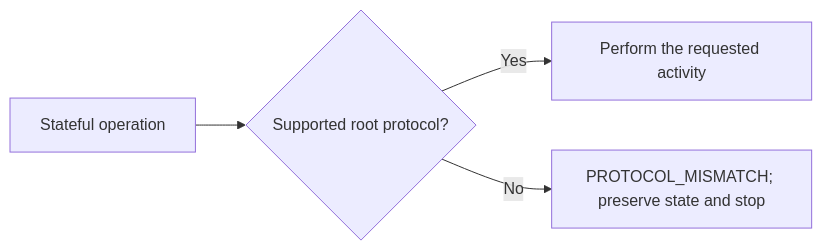
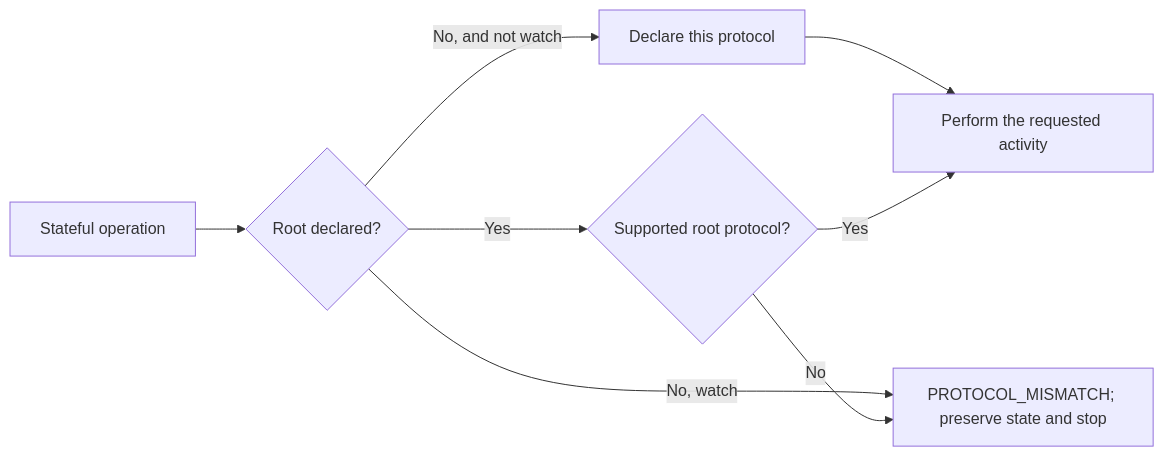
One commit to danlavee/Conductor changed the first of 5 diagrams in docs/activity-diagrams.md. Above: the diagram before and after it, drawn with Mermaid. The commit also changed other lines of this file and 14 other files, not shown here.

````diff
--- a/docs/activity-diagrams.md
+++ b/docs/activity-diagrams.md
@@ -9,6 +9,9 @@
 ```mermaid
 flowchart LR
-    O["Stateful operation"] --> P{"Supported root protocol?"}
-    P -- "Yes" --> A["Perform the requested activity"]
-    P -- "No" --> M["PROTOCOL_MISMATCH; preserve state and stop"]
+    O["Stateful operation"] --> D{"Root declared?"}
+    D -- "No, and not watch" --> W["Declare this protocol"] --> A["Perform the requested activity"]
+    D -- "No, watch" --> M["PROTOCOL_MISMATCH; preserve state and stop"]
+    D -- "Yes" --> P{"Supported root protocol?"}
+    P -- "Yes" --> A
+    P -- "No" --> M
 ```
````
